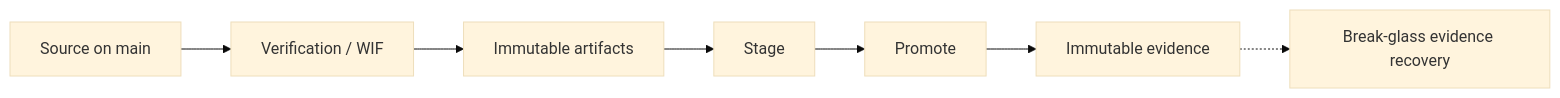
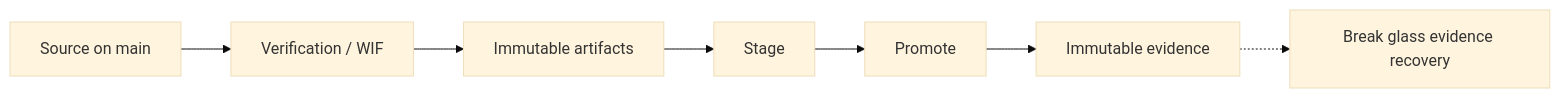
One commit to Adellaghmari/boundarymesh changed the second of 2 diagrams in README.md. Above: the diagram before and after it, drawn with Mermaid (base theme). The commit also changed other lines of this file and 12 other files, not shown here.

````diff
--- a/README.md
+++ b/README.md
@@ -100,13 +100,13 @@
 ```mermaid
 flowchart LR
   src[Source on main]
   verify[Verification / WIF]
   arts[Immutable artifacts]
   stage[Stage]
   promo[Promote]
   evid[Immutable evidence]
-  rec[Break-glass evidence recovery]
+  rec[Break glass evidence recovery]
 
   src --> verify --> arts --> stage --> promo --> evid
   evid -.-> rec
 ```
````
